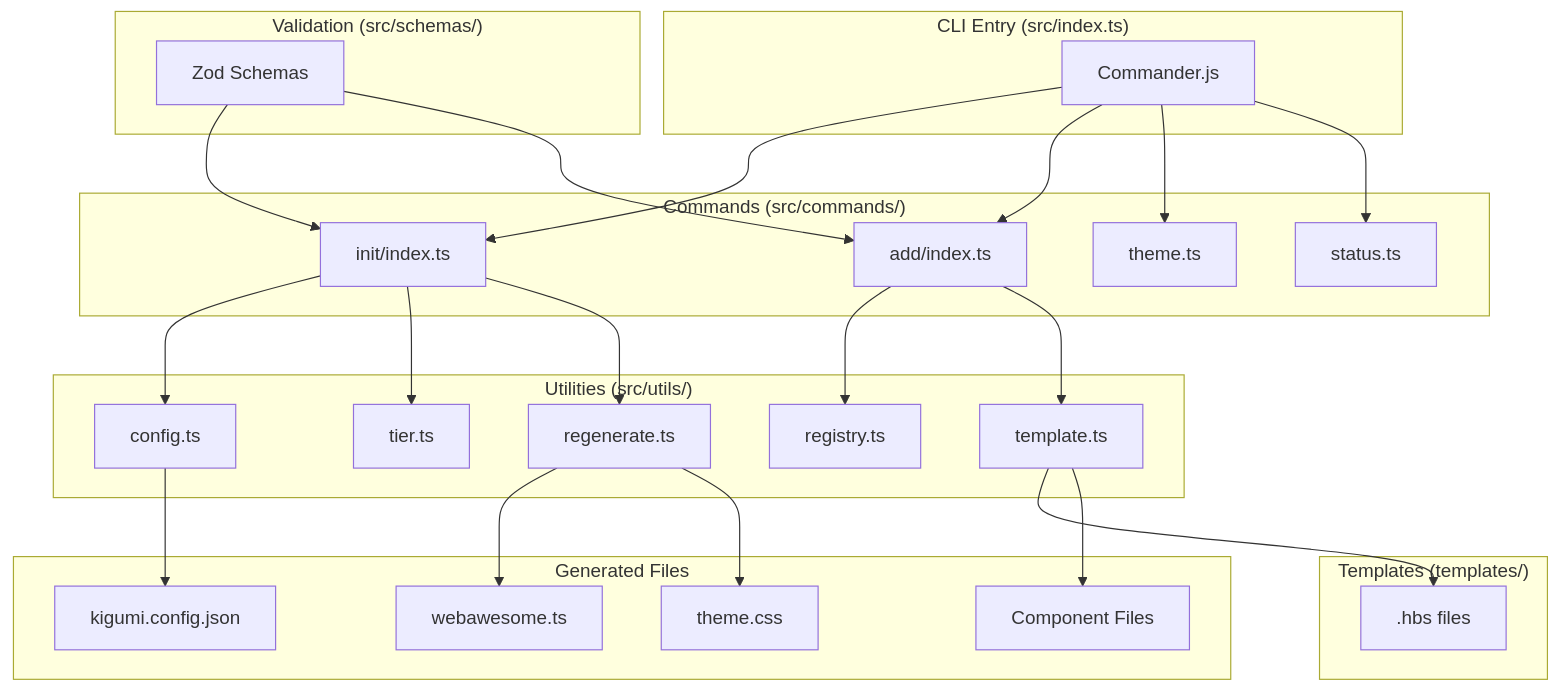
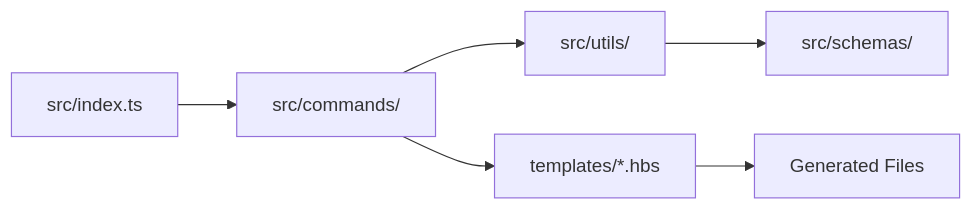
Before and after one commit to kigumi-ui/kigumi-cli: the first of 2 diagrams in AGENTS.md, drawn with Mermaid. The commit also changed other lines of this file and 5 other files, not shown here.

Commit message:
refactor(docs): add repository structure diagram to AGENTS.md

````diff
--- a/AGENTS.md
+++ b/AGENTS.md
@@ -344,45 +192,8 @@
 ```mermaid
-flowchart TD
-    subgraph CLI["CLI Entry (src/index.ts)"]
-        CMD[Commander.js]
-    end
-
-    subgraph Commands["Commands (src/commands/)"]
-        INIT[init/index.ts]
-        ADD[add/index.ts]
-        THEME[theme.ts]
-        STATUS[status.ts]
-    end
-
-    subgraph Utils["Utilities (src/utils/)"]
-        TIER[tier.ts]
-        CONFIG[config.ts]
-        REGISTRY[registry.ts]
-        TEMPLATE[template.ts]
-        REGEN[regenerate.ts]
-    end
-
-    subgraph Schemas["Validation (src/schemas/)"]
-        ZOD[Zod Schemas]
-    end
-
-    subgraph Templates["Templates (templates/)"]
-        HBS[.hbs files]
-    end
-
-    subgraph Output["Generated Files"]
-        CONF[kigumi.config.json]
-        WA[webawesome.ts]
-        CSS[theme.css]
-        COMP[Component Files]
-    end
-
-    CMD --> INIT & ADD & THEME & STATUS
-    INIT --> CONFIG & TIER & REGEN
-    ADD --> REGISTRY & TEMPLATE
-    TEMPLATE --> HBS
-    REGEN --> WA & CSS
-    CONFIG --> CONF
-    TEMPLATE --> COMP
-    ZOD --> INIT & ADD
+flowchart LR
+    CLI[src/index.ts] --> Commands[src/commands/]
+    Commands --> Utils[src/utils/]
+    Utils --> Schemas[src/schemas/]
+    Commands --> Templates[templates/*.hbs]
+    Templates --> Output[Generated Files]
 ```
````
